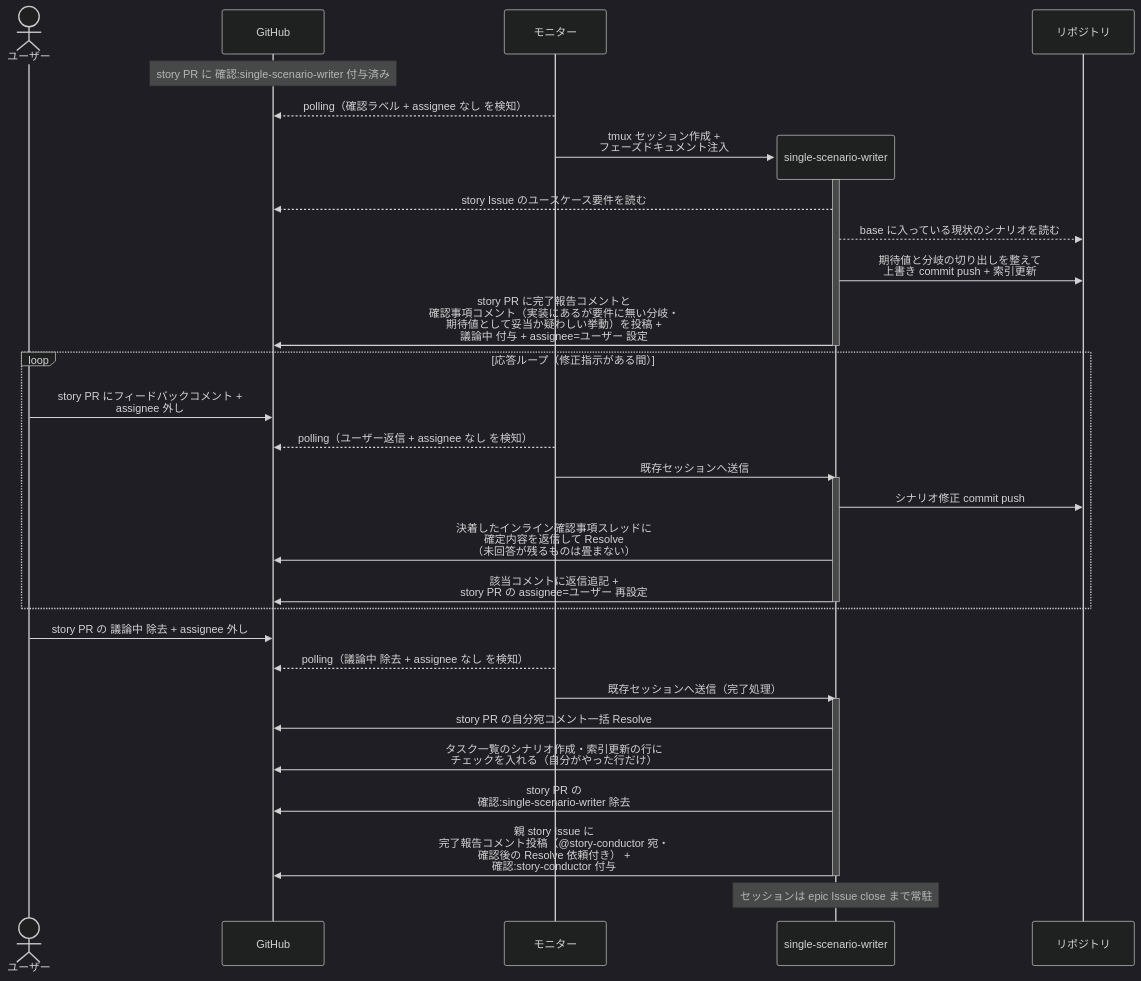
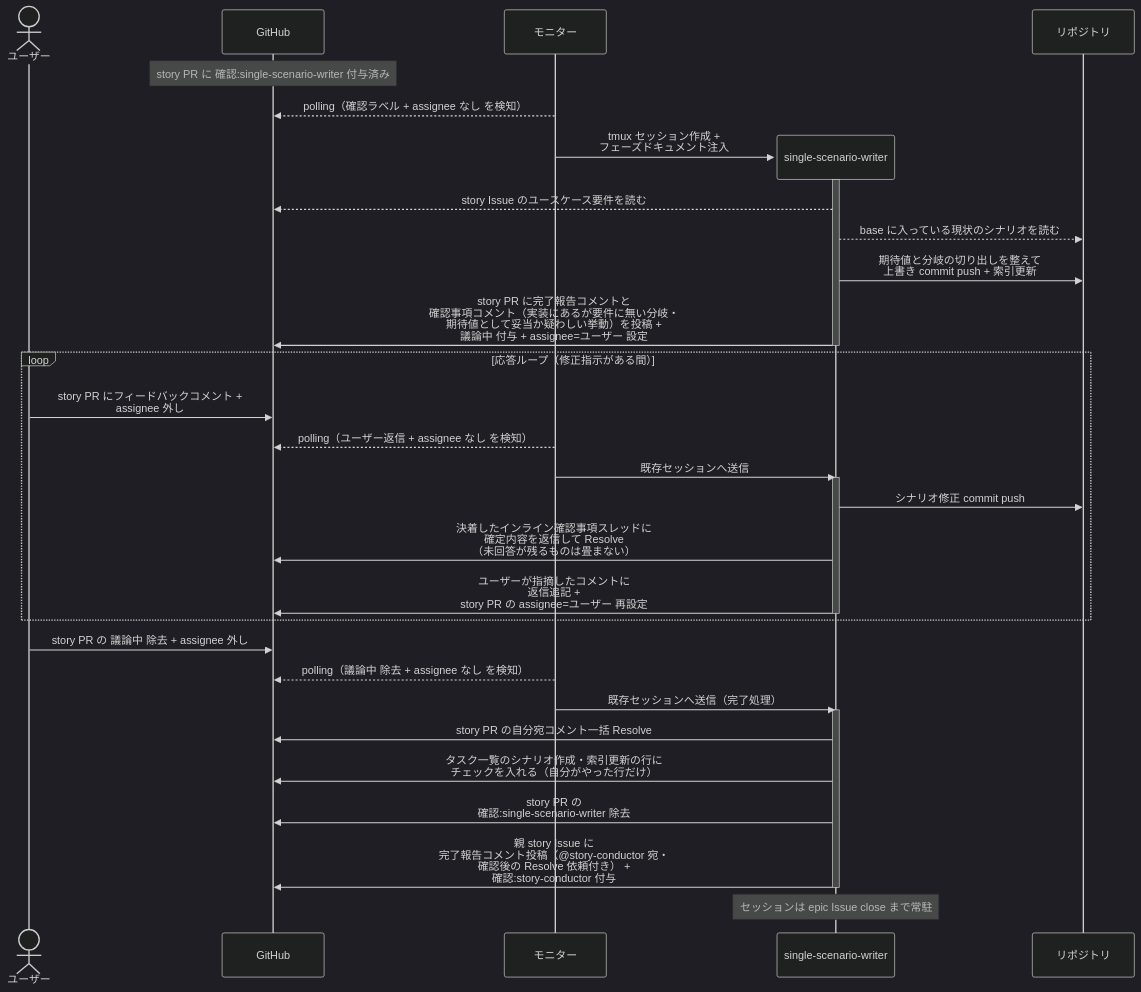
The third of 3 diagrams in docs/wiki/設計図/シナリオ/単一ユースケース/単一シナリオ設計.md (shuhei1101/ai-monitor), drawn with Mermaid (dark theme) before and after one commit. The commit also changed other lines of this file and 7 other files, not shown here.

````diff
--- a/docs/wiki/設計図/シナリオ/単一ユースケース/単一シナリオ設計.md
+++ b/docs/wiki/設計図/シナリオ/単一ユースケース/単一シナリオ設計.md
@@ -132,40 +133,40 @@
 ```mermaid
 sequenceDiagram
   actor U as ユーザー
   participant GH as GitHub
   participant ORC as モニター
 
   Note over GH: story PR に 確認:single-scenario-writer 付与済み
   ORC-->>GH: polling（確認ラベル + assignee なし を検知）
   create participant MON as single-scenario-writer
   ORC->>MON: tmux セッション作成 +<br>フェーズドキュメント注入
   participant REPO as リポジトリ
   activate MON
   MON-->>GH: story Issue のユースケース要件を読む
   MON-->>REPO: base に入っている現状のシナリオを読む
   MON->>REPO: 期待値と分岐の切り出しを整えて<br>上書き commit push + 索引更新
   MON->>GH: story PR に完了報告コメントと<br>確認事項コメント（実装にあるが要件に無い分岐・<br>期待値として妥当か疑わしい挙動）を投稿 +<br>議論中 付与 + assignee=ユーザー 設定
   deactivate MON
 
   loop 応答ループ（修正指示がある間）
     U->>GH: story PR にフィードバックコメント +<br>assignee 外し
     ORC-->>GH: polling（ユーザー返信 + assignee なし を検知）
     ORC->>MON: 既存セッションへ送信
     activate MON
     MON->>REPO: シナリオ修正 commit push
     MON->>GH: 決着したインライン確認事項スレッドに<br>確定内容を返信して Resolve<br>（未回答が残るものは畳まない）
-    MON->>GH: 該当コメントに返信追記 +<br>story PR の assignee=ユーザー 再設定
+    MON->>GH: ユーザーが指摘したコメントに<br>返信追記 +<br>story PR の assignee=ユーザー 再設定
     deactivate MON
   end
 
   U->>GH: story PR の 議論中 除去 + assignee 外し
   ORC-->>GH: polling（議論中 除去 + assignee なし を検知）
   ORC->>MON: 既存セッションへ送信（完了処理）
   activate MON
   MON->>GH: story PR の自分宛コメント一括 Resolve
   MON->>GH: タスク一覧のシナリオ作成・索引更新の行に<br>チェックを入れる（自分がやった行だけ）
   MON->>GH: story PR の<br>確認:single-scenario-writer 除去
   MON->>GH: 親 story Issue に<br>完了報告コメント投稿（@story-conductor 宛・<br>確認後の Resolve 依頼付き） +<br>確認:story-conductor 付与
   deactivate MON
   Note over MON: セッションは epic Issue close まで常駐
 ```
````
